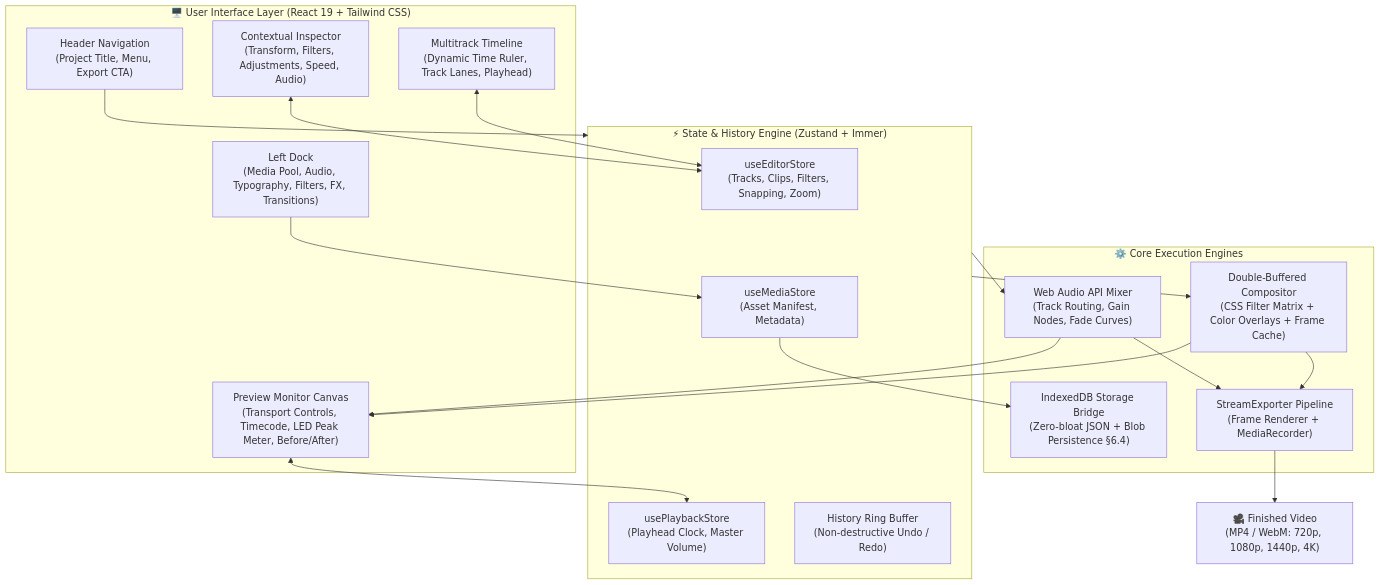
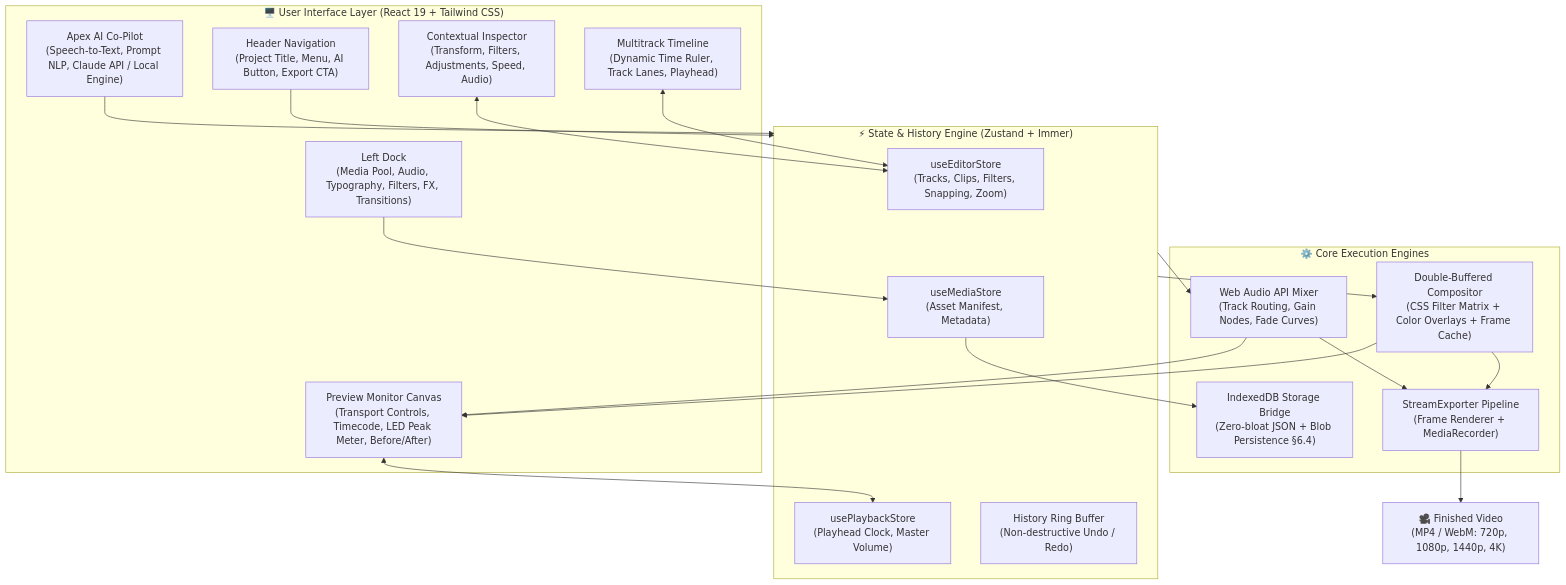
One commit to ritikshinde13/Apex-Editor changed the diagram in README.md. Above: the diagram before and after it, drawn with Mermaid. The commit also changed other lines of this file and 12 other files, not shown here.

Commit message:
feat: add AI chatbot video editing co-pilot with natural language commands, voice speech-to-text, and POST /api/chatbot/edit endpoint

````diff
--- a/README.md
+++ b/README.md
@@ -24,40 +24,42 @@
 ```mermaid
 flowchart TD
     subgraph UI_Layer ["🖥️ User Interface Layer (React 19 + Tailwind CSS)"]
-        TopNav["Header Navigation\n(Project Title, Menu, Export CTA)"]
+        TopNav["Header Navigation\n(Project Title, Menu, AI Button, Export CTA)"]
         LeftDock["Left Dock\n(Media Pool, Audio, Typography, Filters, FX, Transitions)"]
         Monitor["Preview Monitor Canvas\n(Transport Controls, Timecode, LED Peak Meter, Before/After)"]
         Inspector["Contextual Inspector\n(Transform, Filters, Adjustments, Speed, Audio)"]
         TimelineUI["Multitrack Timeline\n(Dynamic Time Ruler, Track Lanes, Playhead)"]
+        AICoPilot["Apex AI Co-Pilot\n(Speech-to-Text, Prompt NLP, Claude API / Local Engine)"]
     end
 
     subgraph State_Engine ["⚡ State & History Engine (Zustand + Immer)"]
         EditorStore["useEditorStore\n(Tracks, Clips, Filters, Snapping, Zoom)"]
         MediaStore["useMediaStore\n(Asset Manifest, Metadata)"]
         PlaybackStore["usePlaybackStore\n(Playhead Clock, Master Volume)"]
         HistoryStack["History Ring Buffer\n(Non-destructive Undo / Redo)"]
     end
 
     subgraph Core_Engines ["⚙️ Core Execution Engines"]
         Compositor["Double-Buffered Compositor\n(CSS Filter Matrix + Color Overlays + Frame Cache)"]
         AudioMixer["Web Audio API Mixer\n(Track Routing, Gain Nodes, Fade Curves)"]
         StorageEngine["IndexedDB Storage Bridge\n(Zero-bloat JSON + Blob Persistence §6.4)"]
         ExportEngine["StreamExporter Pipeline\n(Frame Renderer + MediaRecorder)"]
     end
 
     TopNav --> State_Engine
+    AICoPilot --> State_Engine
     LeftDock --> MediaStore
     TimelineUI <--> EditorStore
     Inspector <--> EditorStore
     Monitor <--> PlaybackStore
 
     State_Engine --> Compositor
     State_Engine --> AudioMixer
     MediaStore --> StorageEngine
 
     Compositor --> Monitor
     AudioMixer --> Monitor
     Compositor --> ExportEngine
     AudioMixer --> ExportEngine
     ExportEngine --> OutputFile["🎥 Finished Video\n(MP4 / WebM: 720p, 1080p, 1440p, 4K)"]
 ```
````
